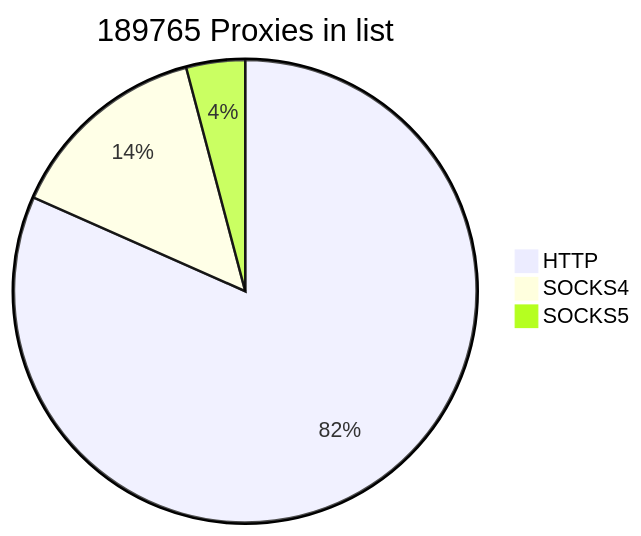
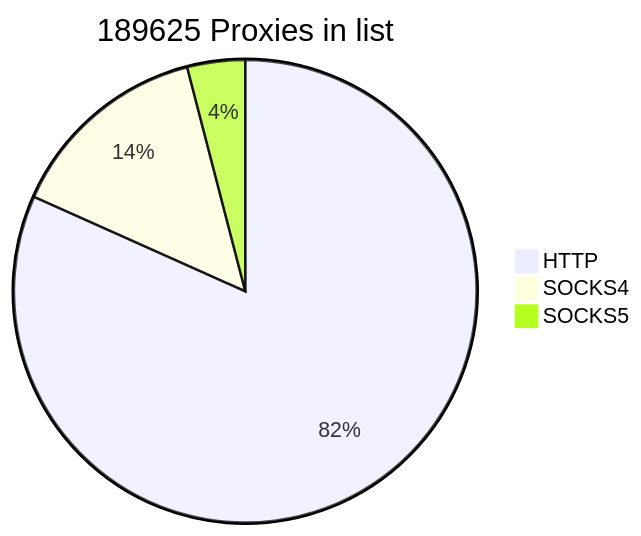
Before and after one commit to cutipu/proxylist: the first of 2 diagrams in README.md, drawn with Mermaid. The commit also changed other lines of this file, not shown here.

````diff
--- a/README.md
+++ b/README.md
@@ -2,7 +2,7 @@
 ```mermaid
-pie title 189765 Proxies in list
+pie title 189625 Proxies in list
     "HTTP" : 154919
-    "SOCKS4" : 27045
-    "SOCKS5" : 7801
+    "SOCKS4" : 27046
+    "SOCKS5" : 7660
             
 ```
````
